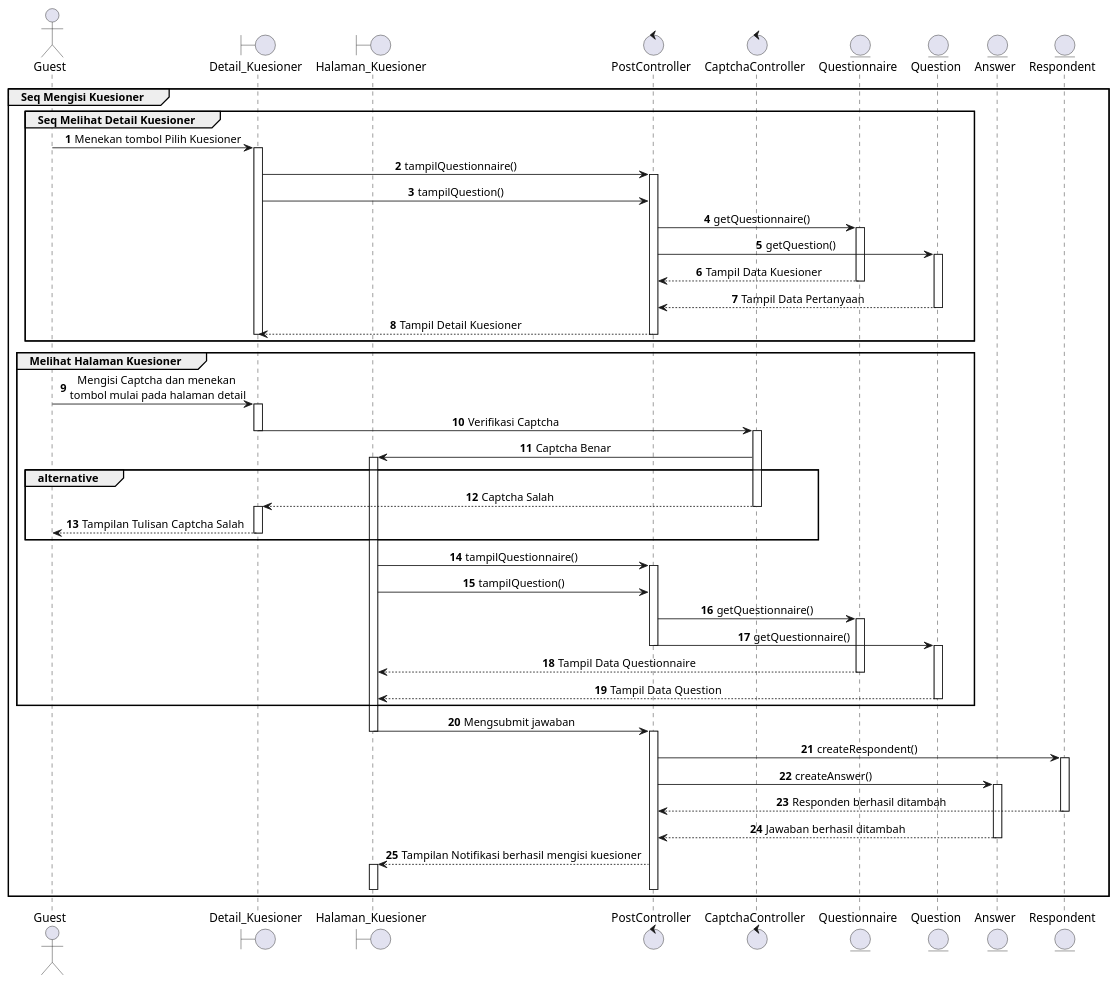
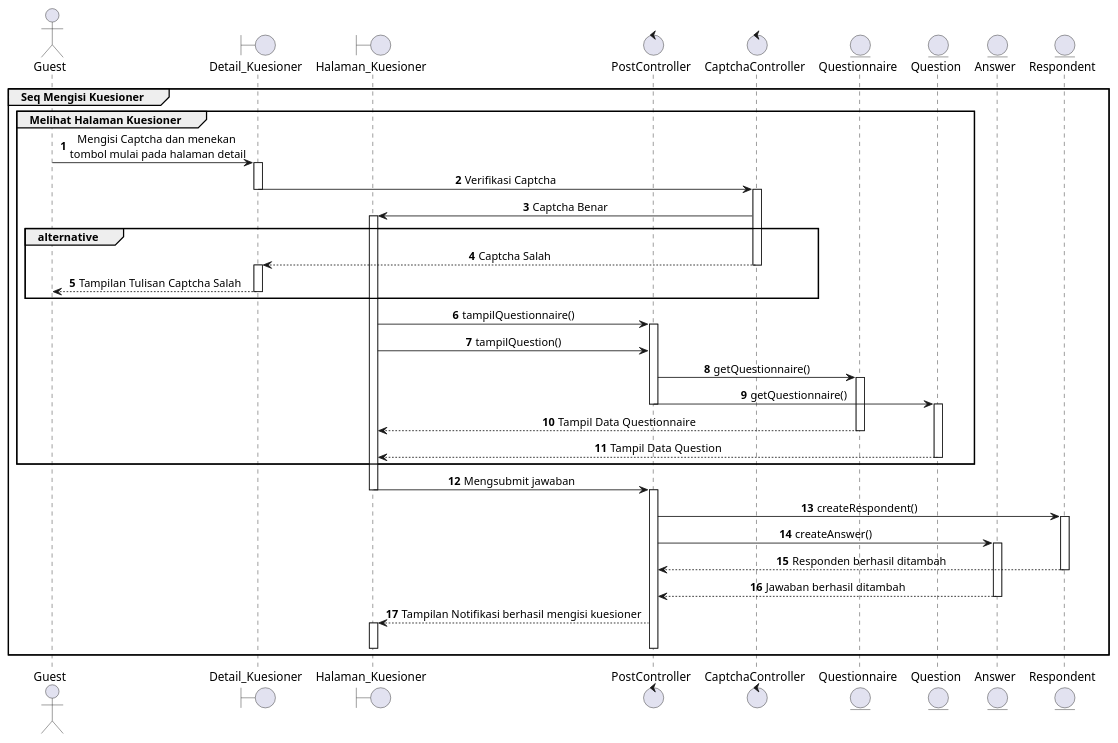
The diagram in documentation/SequenceDiagram/isiKuesionerSD.puml (Churma16/indeks-kepuasan-masyarakat), drawn with PlantUML before and after one commit. The commit also changed 1 other file, not shown here.

Commit message:
dividing the sequence

```diff
--- a/documentation/SequenceDiagram/isiKuesionerSD.puml
+++ b/documentation/SequenceDiagram/isiKuesionerSD.puml
@@ -1,88 +1,71 @@
 @startuml Interaction Mengisi Kuesioner
 autonumber
 skinparam SequenceMessageAlignment center
 
 actor "Guest" as A
 boundary "Detail_Kuesioner" as detail
 boundary "Halaman_Kuesioner" as halaman    
 control "PostController" as pcontrol
 control "CaptchaController" as ccontrol
 entity "Questionnaire" as q
 entity "Question" as qn
 entity "Answer" as a
 entity "Respondent" as r
 
 group Seq Mengisi Kuesioner
-        group Seq Melihat Detail Kuesioner
-            A -> detail: Menekan tombol Pilih Kuesioner
-            activate detail
-                detail -> pcontrol: tampilQuestionnaire()
-                activate pcontrol
-                detail -> pcontrol: tampilQuestion()
-                pcontrol -> q: getQuestionnaire()
-                activate q
-                pcontrol -> qn: getQuestion()
-                activate qn
-                q --> pcontrol: Tampil Data Kuesioner
-                deactivate q
-                qn --> pcontrol: Tampil Data Pertanyaan
-                deactivate qn
-                pcontrol--> detail: Tampil Detail Kuesioner
-                deactivate pcontrol
-                deactivate detail
-        end
+
 
     group Melihat Halaman Kuesioner
         A->detail: Mengisi Captcha dan menekan \ntombol mulai pada halaman detail
         activate detail
         detail -> ccontrol : Verifikasi Captcha
         deactivate detail
         activate ccontrol
         ccontrol -> halaman : Captcha Benar
         activate halaman
         group alternative 
             ccontrol --> detail: Captcha Salah
             deactivate ccontrol
             activate detail
             detail --> A: Tampilan Tulisan Captcha Salah
             deactivate detail
         end
         halaman-> pcontrol: tampilQuestionnaire()
         activate pcontrol
         halaman-> pcontrol: tampilQuestion()
 
         pcontrol->q: getQuestionnaire()
         activate q
         pcontrol->qn: getQuestionnaire()
         deactivate pcontrol
         activate qn
         q-->halaman: Tampil Data Questionnaire
         deactivate q
         qn-->halaman: Tampil Data Question
         deactivate qn
 
     end
 
     halaman -> pcontrol: Mengsubmit jawaban
         deactivate halaman
     activate pcontrol
     pcontrol -> r: createRespondent()
     activate r
     pcontrol -> a: createAnswer()
     activate a
 
     r-->pcontrol: Responden berhasil ditambah
     deactivate r
     a-->pcontrol: Jawaban berhasil ditambah
     deactivate a
 
     pcontrol-->halaman: Tampilan Notifikasi berhasil mengisi kuesioner
     activate halaman
     deactivate halaman
     deactivate pcontrol
     
 
 end
 
 
 @enduml
```
